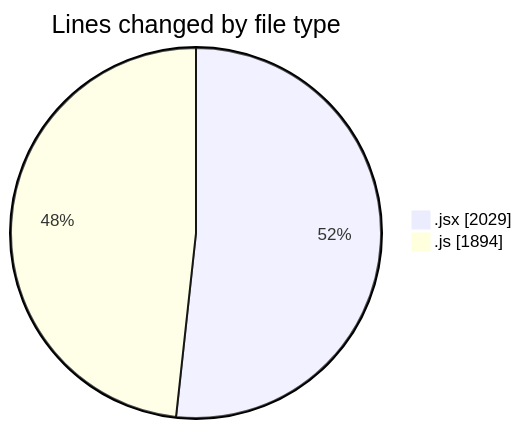
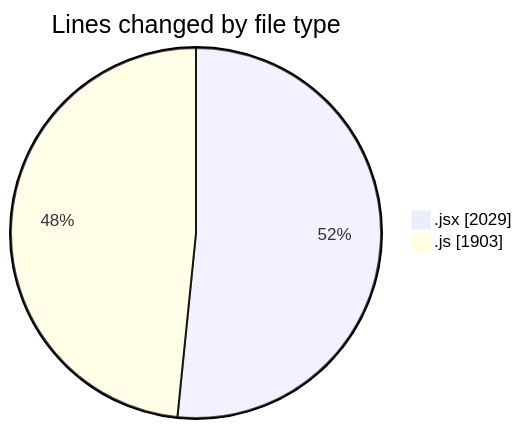
The first of 2 diagrams in 2025-09-21/nxtqube_webapp/README.md (nxtqubesakshisongat/code-tracking), drawn with Mermaid before and after one commit. The commit also changed other lines of this file and 1 other file, not shown here.

````diff
--- a/2025-09-21/nxtqube_webapp/README.md
+++ b/2025-09-21/nxtqube_webapp/README.md
@@ -23,6 +23,6 @@
 ```mermaid
 pie showData
 title Lines changed by file type
 ".jsx" : 2029
-".js" : 1894
+".js" : 1903
 ```
````
